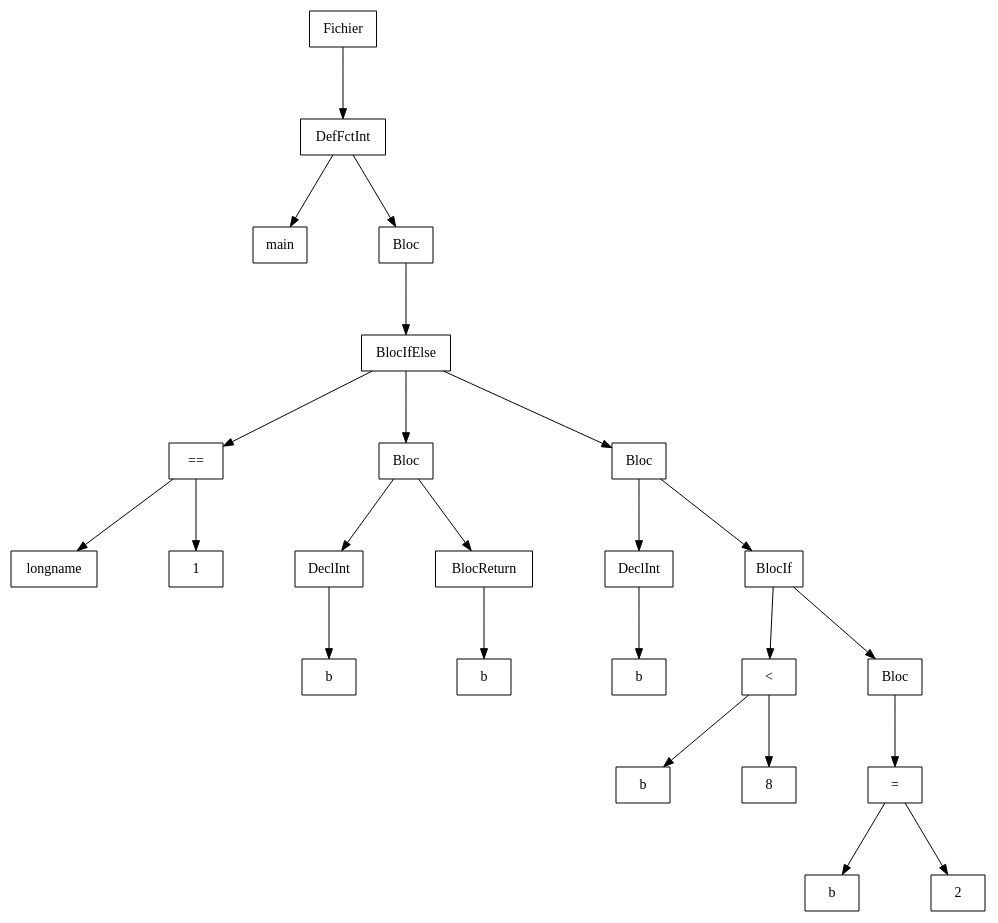
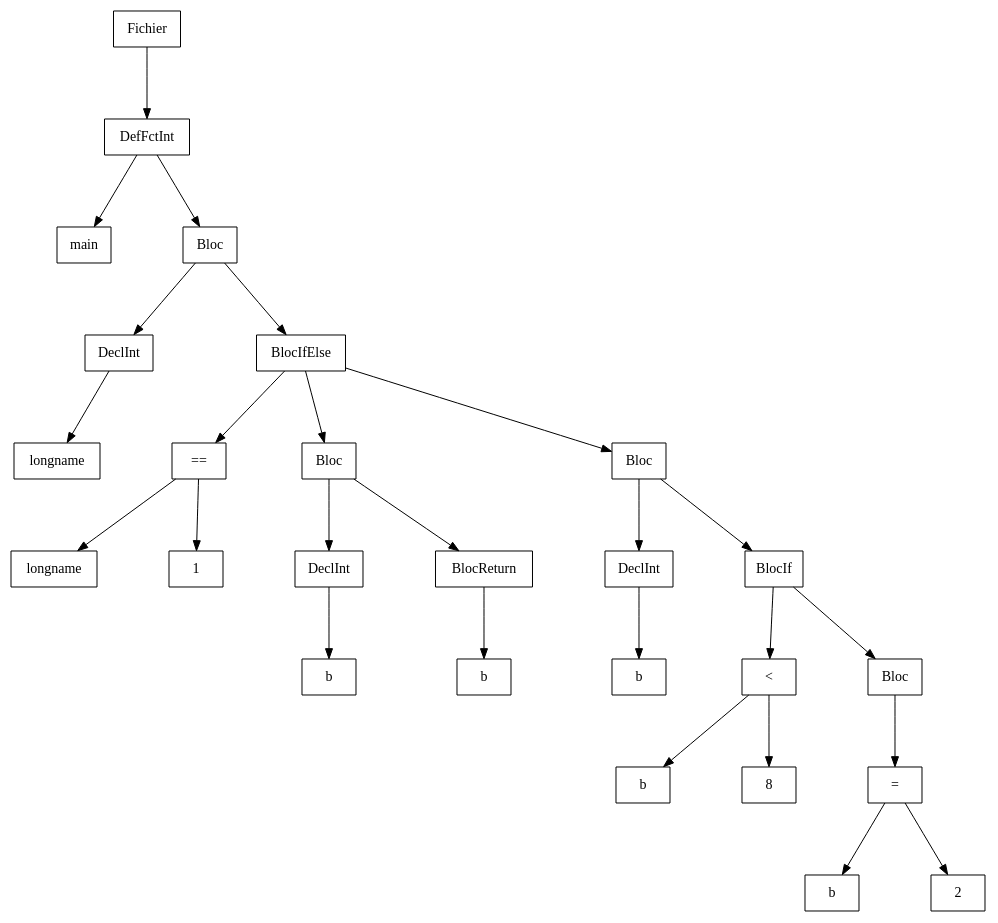
One commit to Hamza-ABDOULHOUSSEN/compil changed the diagram in Code/out/ast/dot/Test_Erreur_Semantique/return_type4Y.dot. Above: the diagram before and after it, drawn with Graphviz. The commit also changed 51 other files, not shown here.

```diff
--- a/Code/out/ast/dot/Test_Erreur_Semantique/return_type4Y.dot
+++ b/Code/out/ast/dot/Test_Erreur_Semantique/return_type4Y.dot
@@ -1,54 +1,58 @@
 digraph "ast"{
 
 	nodesep=1;
 	ranksep=1;
 
 	N0 [label="Fichier", shape="box"];
 	N1 [label="DefFctInt", shape="box"];
 	N2 [label="main", shape="box"];
 	N3 [label="Bloc", shape="box"];
-	N4 [label="BlocIfElse", shape="box"];
-	N5 [label="==", shape="box"];
-	N6 [label="longname", shape="box"];
-	N7 [label="1", shape="box"];
-	N8 [label="Bloc", shape="box"];
-	N9 [label="DeclInt", shape="box"];
-	N10 [label="b", shape="box"];
-	N11 [label="BlocReturn", shape="box"];
+	N4 [label="DeclInt", shape="box"];
+	N5 [label="longname", shape="box"];
+	N6 [label="BlocIfElse", shape="box"];
+	N7 [label="==", shape="box"];
+	N8 [label="longname", shape="box"];
+	N9 [label="1", shape="box"];
+	N10 [label="Bloc", shape="box"];
+	N11 [label="DeclInt", shape="box"];
 	N12 [label="b", shape="box"];
-	N13 [label="Bloc", shape="box"];
-	N14 [label="DeclInt", shape="box"];
-	N15 [label="b", shape="box"];
-	N16 [label="BlocIf", shape="box"];
-	N17 [label="<", shape="box"];
-	N18 [label="b", shape="box"];
-	N19 [label="8", shape="box"];
-	N20 [label="Bloc", shape="box"];
-	N21 [label="=", shape="box"];
-	N22 [label="b", shape="box"];
-	N23 [label="2", shape="box"];
+	N13 [label="BlocReturn", shape="box"];
+	N14 [label="b", shape="box"];
+	N15 [label="Bloc", shape="box"];
+	N16 [label="DeclInt", shape="box"];
+	N17 [label="b", shape="box"];
+	N18 [label="BlocIf", shape="box"];
+	N19 [label="<", shape="box"];
+	N20 [label="b", shape="box"];
+	N21 [label="8", shape="box"];
+	N22 [label="Bloc", shape="box"];
+	N23 [label="=", shape="box"];
+	N24 [label="b", shape="box"];
+	N25 [label="2", shape="box"];
 
 	N1 -> N2; 
-	N5 -> N6; 
-	N5 -> N7; 
 	N4 -> N5; 
-	N9 -> N10; 
-	N8 -> N9; 
+	N3 -> N4; 
+	N7 -> N8; 
+	N7 -> N9; 
+	N6 -> N7; 
 	N11 -> N12; 
-	N8 -> N11; 
-	N4 -> N8; 
-	N14 -> N15; 
+	N10 -> N11; 
 	N13 -> N14; 
-	N17 -> N18; 
-	N17 -> N19; 
+	N10 -> N13; 
+	N6 -> N10; 
 	N16 -> N17; 
-	N21 -> N22; 
-	N21 -> N23; 
-	N20 -> N21; 
-	N16 -> N20; 
-	N13 -> N16; 
-	N4 -> N13; 
-	N3 -> N4; 
+	N15 -> N16; 
+	N19 -> N20; 
+	N19 -> N21; 
+	N18 -> N19; 
+	N23 -> N24; 
+	N23 -> N25; 
+	N22 -> N23; 
+	N18 -> N22; 
+	N15 -> N18; 
+	N6 -> N15; 
+	N3 -> N6; 
 	N1 -> N3; 
 	N0 -> N1; 
 }
```
